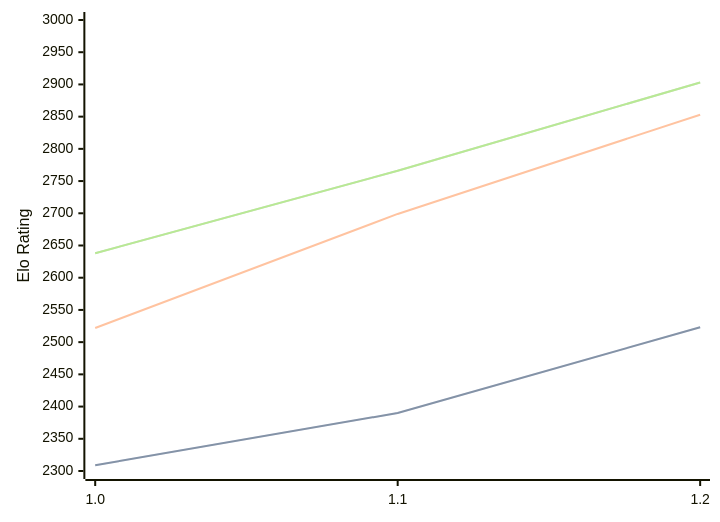
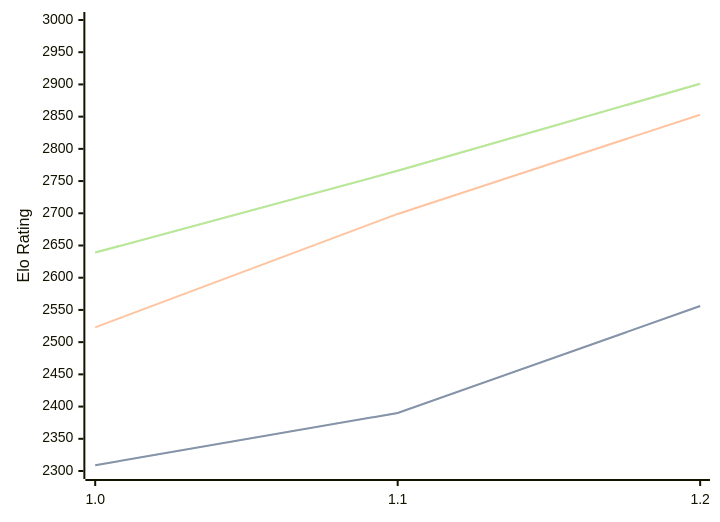
Before and after one commit to computer-chess-index/cci: the third of 3 diagrams in engines/FoxChess.md, drawn with Mermaid. The commit also changed other lines of this file, not shown here.

Commit message:
Update CCI Ratings (ELO VLTC) - 2026-06-23

````diff
--- a/engines/FoxChess.md
+++ b/engines/FoxChess.md
@@ -66,11 +66,11 @@
 ```mermaid
 %%{init: {"theme":"base","themeVariables":{"seriesColors:['#a3a3a3','#222221','#faa371']}}}%%
 xychart-beta
   x-axis ["1.0", "1.1", "1.2"]
   y-axis "Elo Rating" 2300 --> 3000
-  line "STC (8.0+0.08s)" [2309, 2390, 2523]
-  line "STC (8.0+0.08s)" [2309, 2390, 2523]
-  line "LTC (60.0+0.60s)" [2522, 2699, 2853]
-  line "VLTC (2m24s+1.12s)" [2638, 2766, 2903]
-  line "VLTC (2m24s+1.12s)" [2638, 2766, 2903]
+  line "STC (8.0+0.08s)" [2309, 2390, 2556]
+  line "STC (8.0+0.08s)" [2309, 2390, 2556]
+  line "LTC (60.0+0.60s)" [2523, 2699, 2853]
+  line "VLTC (2m24s+1.12s)" [2639, 2766, 2901]
+  line "VLTC (2m24s+1.12s)" [2639, 2766, 2901]
 ```
````
